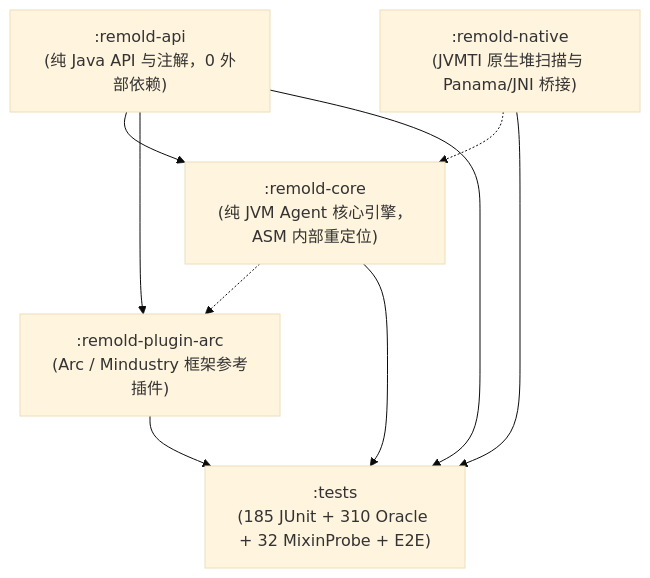
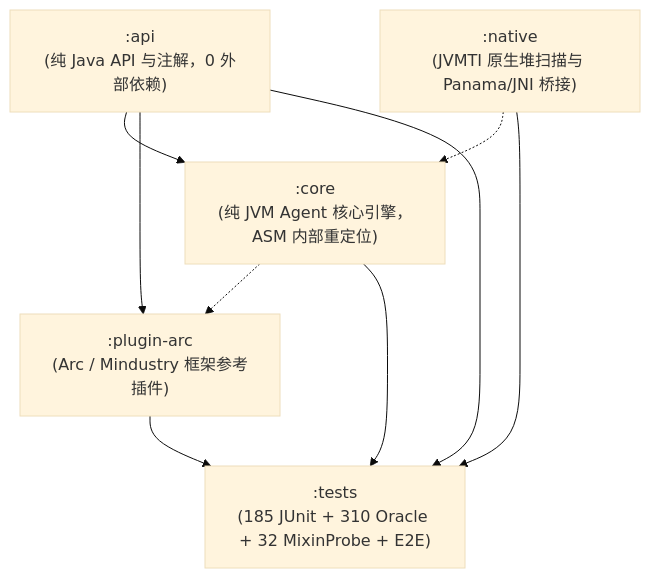
One commit to I-hope1/Remold changed the diagram in README.md. Above: the diagram before and after it, drawn with Mermaid (base theme). The commit also changed other lines of this file and 74 other files, not shown here.

Commit message:
refactor: drop remold- prefix from subprojects and unify native module

````diff
--- a/README.md
+++ b/README.md
@@ -84,17 +84,17 @@
 ```mermaid
 flowchart TD
-    API[":remold-api<br/>(纯 Java API 与注解，0 外部依赖)"]
-    CORE[":remold-core<br/>(纯 JVM Agent 核心引擎，ASM 内部重定位)"]
-    NATIVE[":remold-native<br/>(JVMTI 原生堆扫描与 Panama/JNI 桥接)"]
-    PLUGIN_ARC[":remold-plugin-arc<br/>(Arc / Mindustry 框架参考插件)"]
+    API[":api<br/>(纯 Java API 与注解，0 外部依赖)"]
+    CORE[":core<br/>(纯 JVM Agent 核心引擎，ASM 内部重定位)"]
+    NATIVE[":native<br/>(JVMTI 原生堆扫描与 Panama/JNI 桥接)"]
+    PLUGIN_ARC[":plugin-arc<br/>(Arc / Mindustry 框架参考插件)"]
     TESTS[":tests<br/>(185 JUnit + 310 Oracle + 32 MixinProbe + E2E)"]
 
     API --> CORE
     NATIVE -.-> CORE
     API --> PLUGIN_ARC
     CORE -.-> PLUGIN_ARC
     CORE --> TESTS
     API --> TESTS
     NATIVE --> TESTS
     PLUGIN_ARC --> TESTS
 ```
````
